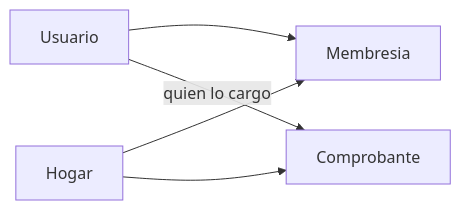
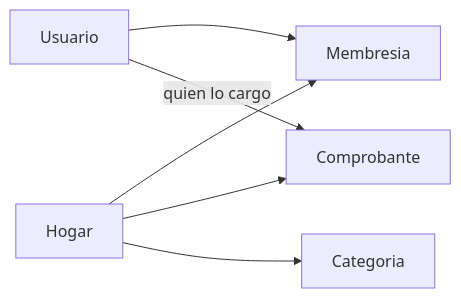
Before and after one commit to gervisbermudez/capstone-gastos-hogar: the diagram in docs/plan-hogares.md, drawn with Mermaid. The commit also changed other lines of this file and 39 other files, not shown here.

````diff
--- a/docs/plan-hogares.md
+++ b/docs/plan-hogares.md
@@ -26,11 +32,13 @@
 ```mermaid
 flowchart LR
   Usuario[Usuario]
   Hogar[Hogar]
   Membresia[Membresia]
   Comprobante[Comprobante]
+  Categoria[Categoria]
   Usuario --> Membresia
   Hogar --> Membresia
   Hogar --> Comprobante
+  Hogar --> Categoria
   Usuario -->|"quien lo cargo"| Comprobante
 ```
````
